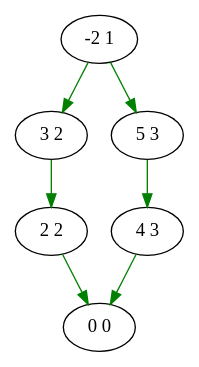
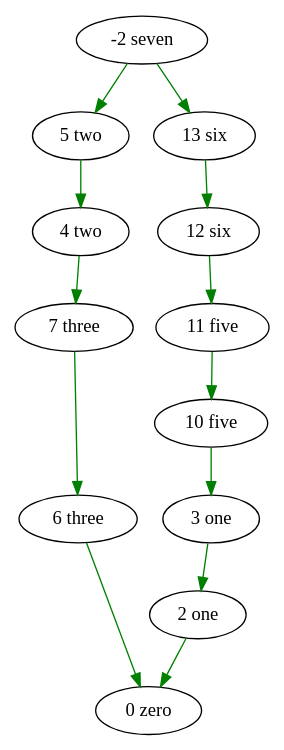
The diagram in 5.gv (Xel4ek/lem_in), drawn with Graphviz before and after one commit. The commit also changed 223 other files, not shown here.

Commit message:
work, /TODO add print graph add viz add some

```diff
--- a/5.gv
+++ b/5.gv
@@ -1,14 +1,26 @@
 digraph 5 {
-	"0 0";
-	"3 2";
-	"2 2";
-	"5 3";
-	"4 3";
-	"-2 1";
-	"4 3" -> "0 0" [dir = forward color = "green"];
-	"2 2" -> "0 0" [dir = forward color = "green"];
-	"-2 1" -> "3 2" [dir = forward color = "green"];
-	"3 2" -> "2 2" [dir = forward color = "green"];
-	"-2 1" -> "5 3" [dir = forward color = "green"];
-	"5 3" -> "4 3" [dir = forward color = "green"];
+	"0 zero";
+	"3 one";
+	"2 one";
+	"5 two";
+	"4 two";
+	"7 three";
+	"6 three";
+	"11 five";
+	"10 five";
+	"13 six";
+	"12 six";
+	"-2 seven";
+	"6 three" -> "0 zero" [dir = forward color = "green"];
+	"2 one" -> "0 zero" [dir = forward color = "green"];
+	"10 five" -> "3 one" [dir = forward color = "green"];
+	"3 one" -> "2 one" [dir = forward color = "green"];
+	"-2 seven" -> "5 two" [dir = forward color = "green"];
+	"5 two" -> "4 two" [dir = forward color = "green"];
+	"4 two" -> "7 three" [dir = forward color = "green"];
+	"7 three" -> "6 three" [dir = forward color = "green"];
+	"12 six" -> "11 five" [dir = forward color = "green"];
+	"11 five" -> "10 five" [dir = forward color = "green"];
+	"-2 seven" -> "13 six" [dir = forward color = "green"];
+	"13 six" -> "12 six" [dir = forward color = "green"];
 	}
```
